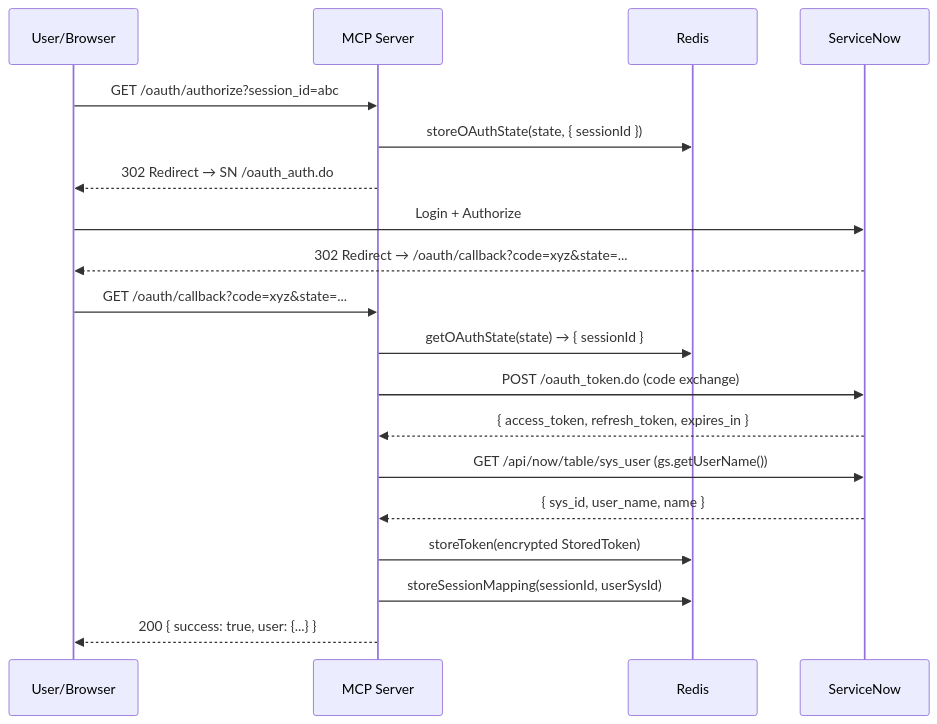
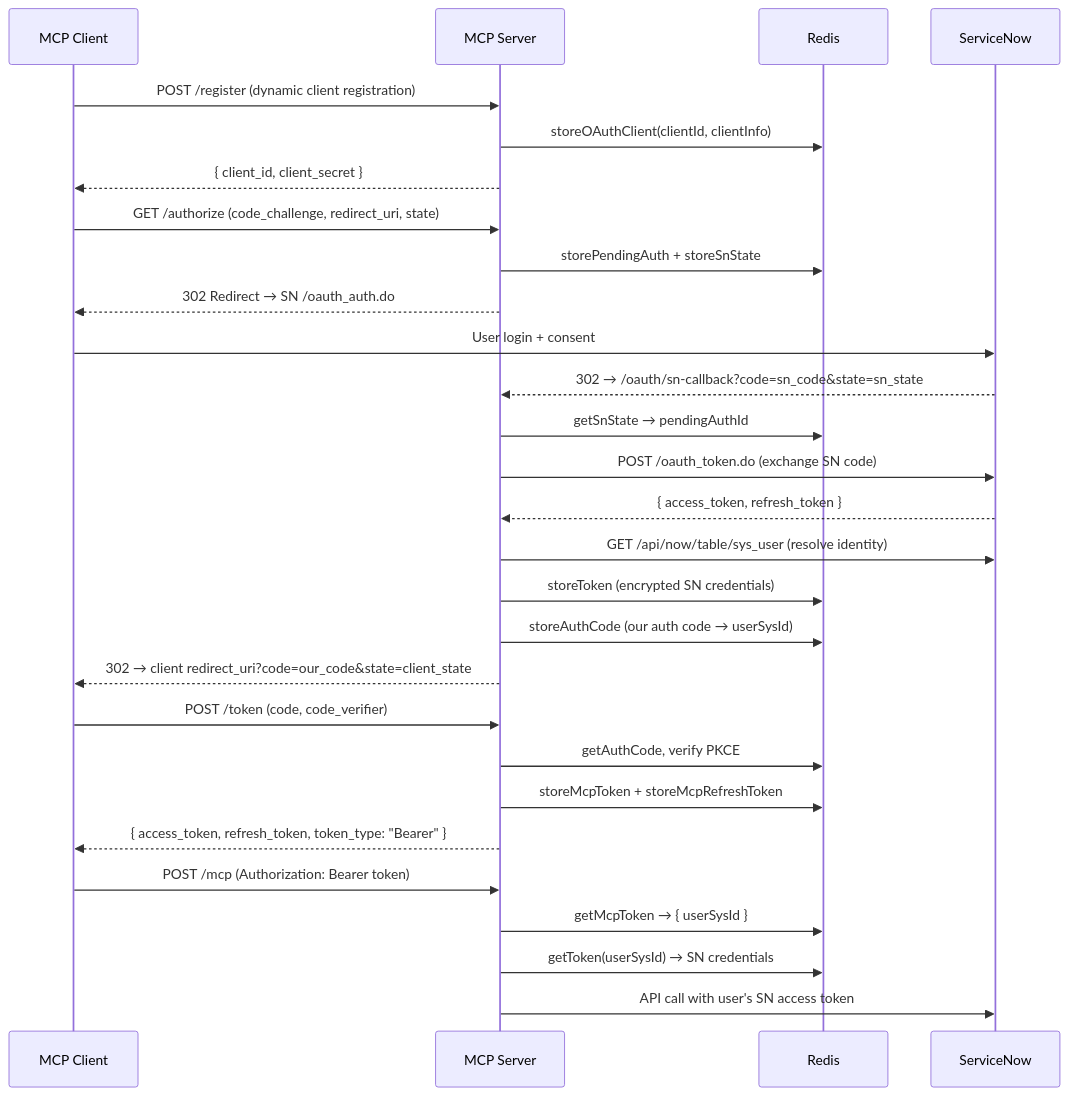
Before and after one commit to windoze95/servicewow-mcp: the diagram in docs/auth/oauth-flow.md, drawn with Mermaid. The commit also changed other lines of this file and 18 other files, not shown here.

First line of the commit message:
Migrate to MCP-spec OAuth authentication with PKCE

````diff
--- a/docs/auth/oauth-flow.md
+++ b/docs/auth/oauth-flow.md
@@ -9,26 +9,36 @@
 ```mermaid
 sequenceDiagram
-    participant U as User/Browser
+    participant C as MCP Client
     participant S as MCP Server
     participant R as Redis
     participant SN as ServiceNow
 
-    U->>S: GET /oauth/authorize?session_id=abc
-    S->>R: storeOAuthState(state, { sessionId })
-    S-->>U: 302 Redirect → SN /oauth_auth.do
+    C->>S: POST /register (dynamic client registration)
+    S->>R: storeOAuthClient(clientId, clientInfo)
+    S-->>C: { client_id, client_secret }
 
-    U->>SN: Login + Authorize
-    SN-->>U: 302 Redirect → /oauth/callback?code=xyz&state=...
+    C->>S: GET /authorize (code_challenge, redirect_uri, state)
+    S->>R: storePendingAuth + storeSnState
+    S-->>C: 302 Redirect → SN /oauth_auth.do
 
-    U->>S: GET /oauth/callback?code=xyz&state=...
-    S->>R: getOAuthState(state) → { sessionId }
-    S->>SN: POST /oauth_token.do (code exchange)
-    SN-->>S: { access_token, refresh_token, expires_in }
+    C->>SN: User login + consent
+    SN-->>S: 302 → /oauth/sn-callback?code=sn_code&state=sn_state
 
-    S->>SN: GET /api/now/table/sys_user (gs.getUserName())
-    SN-->>S: { sys_id, user_name, name }
+    S->>R: getSnState → pendingAuthId
+    S->>SN: POST /oauth_token.do (exchange SN code)
+    SN-->>S: { access_token, refresh_token }
+    S->>SN: GET /api/now/table/sys_user (resolve identity)
+    S->>R: storeToken (encrypted SN credentials)
+    S->>R: storeAuthCode (our auth code → userSysId)
+    S-->>C: 302 → client redirect_uri?code=our_code&state=client_state
 
-    S->>R: storeToken(encrypted StoredToken)
-    S->>R: storeSessionMapping(sessionId, userSysId)
-    S-->>U: 200 { success: true, user: {...} }
+    C->>S: POST /token (code, code_verifier)
+    S->>R: getAuthCode, verify PKCE
+    S->>R: storeMcpToken + storeMcpRefreshToken
+    S-->>C: { access_token, refresh_token, token_type: "Bearer" }
+
+    C->>S: POST /mcp (Authorization: Bearer token)
+    S->>R: getMcpToken → { userSysId }
+    S->>R: getToken(userSysId) → SN credentials
+    S->>SN: API call with user's SN access token
 ```
````
